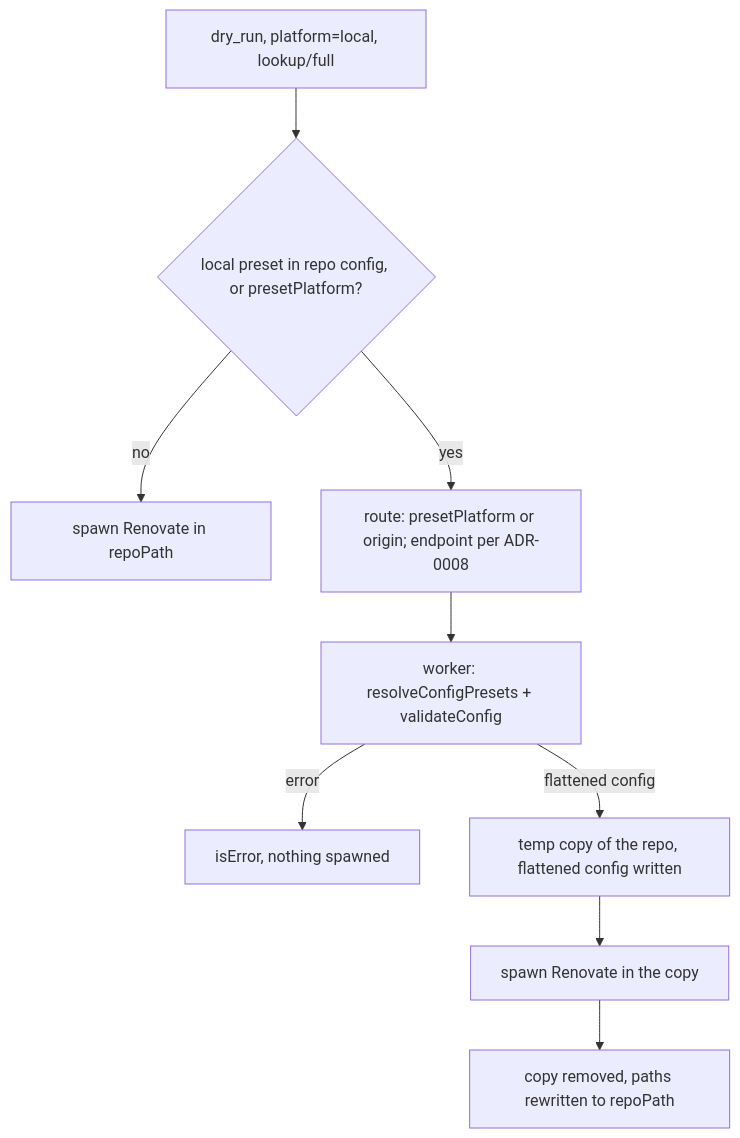
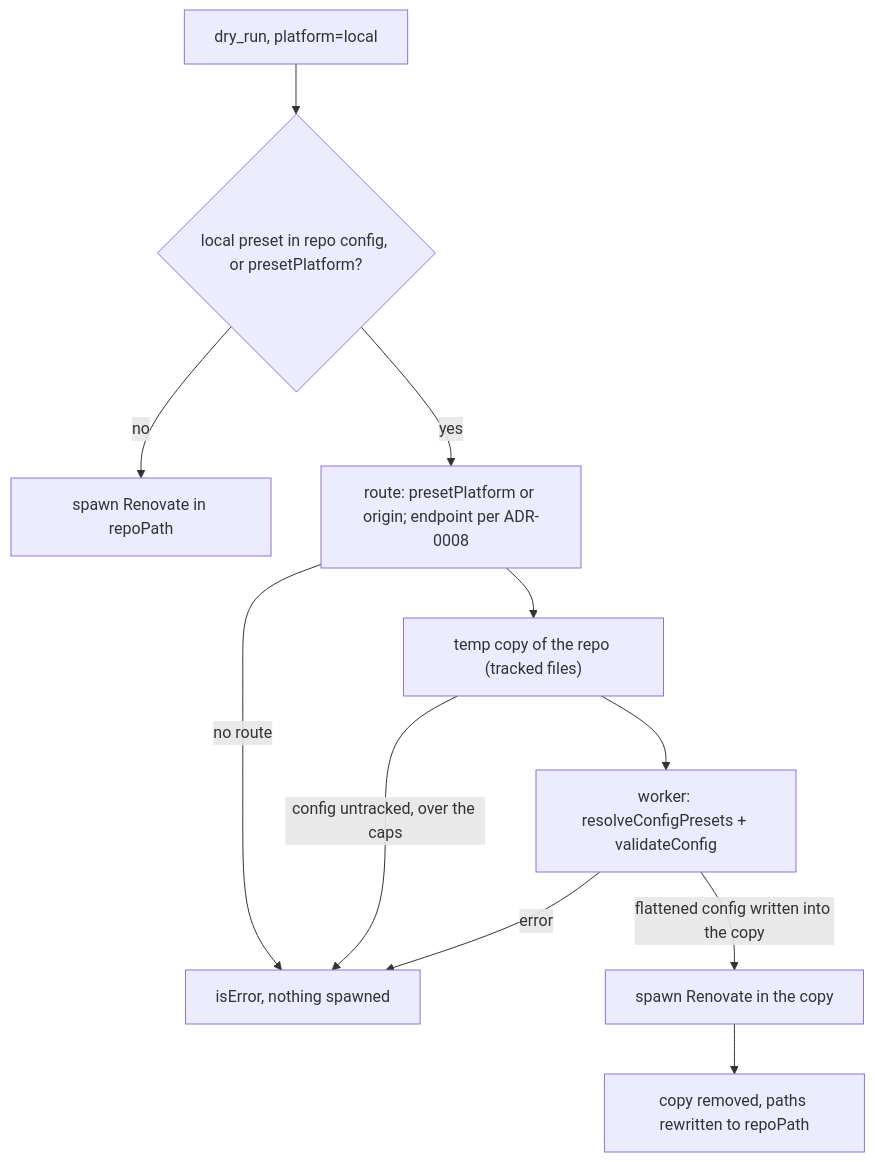
The diagram in docs/adrs/0009-dry-run-local-preset-flattening.md (tibuntu/renovate-mcp), drawn with Mermaid before and after one commit. The commit also changed other lines of this file and 13 other files, not shown here.

First line of the commit message:
fix(dry_run): close gaps in host-rule precedence and local-preset flattening

````diff
--- a/docs/adrs/0009-dry-run-local-preset-flattening.md
+++ b/docs/adrs/0009-dry-run-local-preset-flattening.md
@@ -82,11 +83,13 @@
 ```mermaid
 flowchart TD
-    Call["dry_run, platform=local, lookup/full"] --> Trigger{"local preset in repo config, or presetPlatform?"}
+    Call["dry_run, platform=local"] --> Trigger{"local preset in repo config, or presetPlatform?"}
     Trigger -->|no| Spawn1["spawn Renovate in repoPath"]
     Trigger -->|yes| Route["route: presetPlatform or origin; endpoint per ADR-0008"]
-    Route --> Worker["worker: resolveConfigPresets + validateConfig"]
-    Worker -->|error| Refuse[isError, nothing spawned]
-    Worker -->|flattened config| Copy["temp copy of the repo, flattened config written"]
-    Copy --> Spawn2["spawn Renovate in the copy"]
+    Route -->|no route| Refuse[isError, nothing spawned]
+    Route --> Copy["temp copy of the repo (tracked files)"]
+    Copy -->|config untracked, over the caps| Refuse
+    Copy --> Worker["worker: resolveConfigPresets + validateConfig"]
+    Worker -->|error| Refuse
+    Worker -->|flattened config written into the copy| Spawn2["spawn Renovate in the copy"]
     Spawn2 --> Clean["copy removed, paths rewritten to repoPath"]
 ```
````
